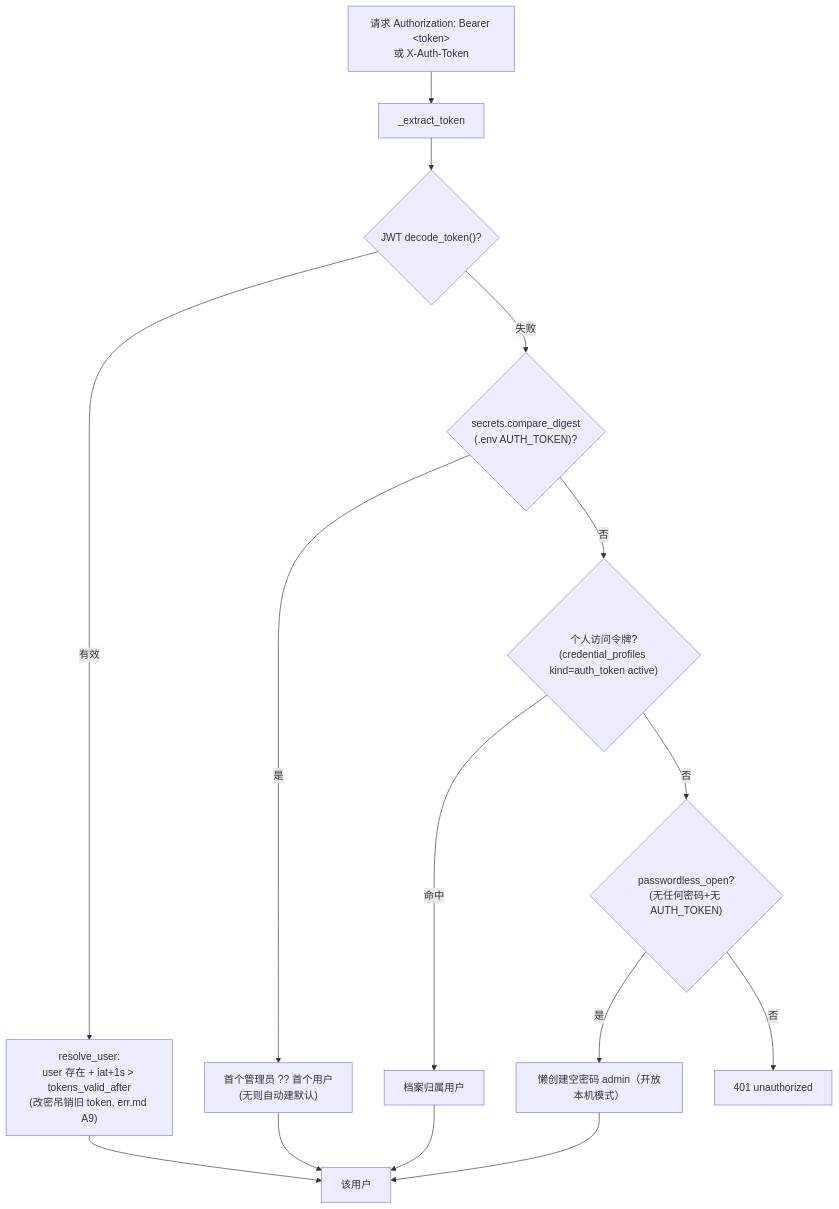
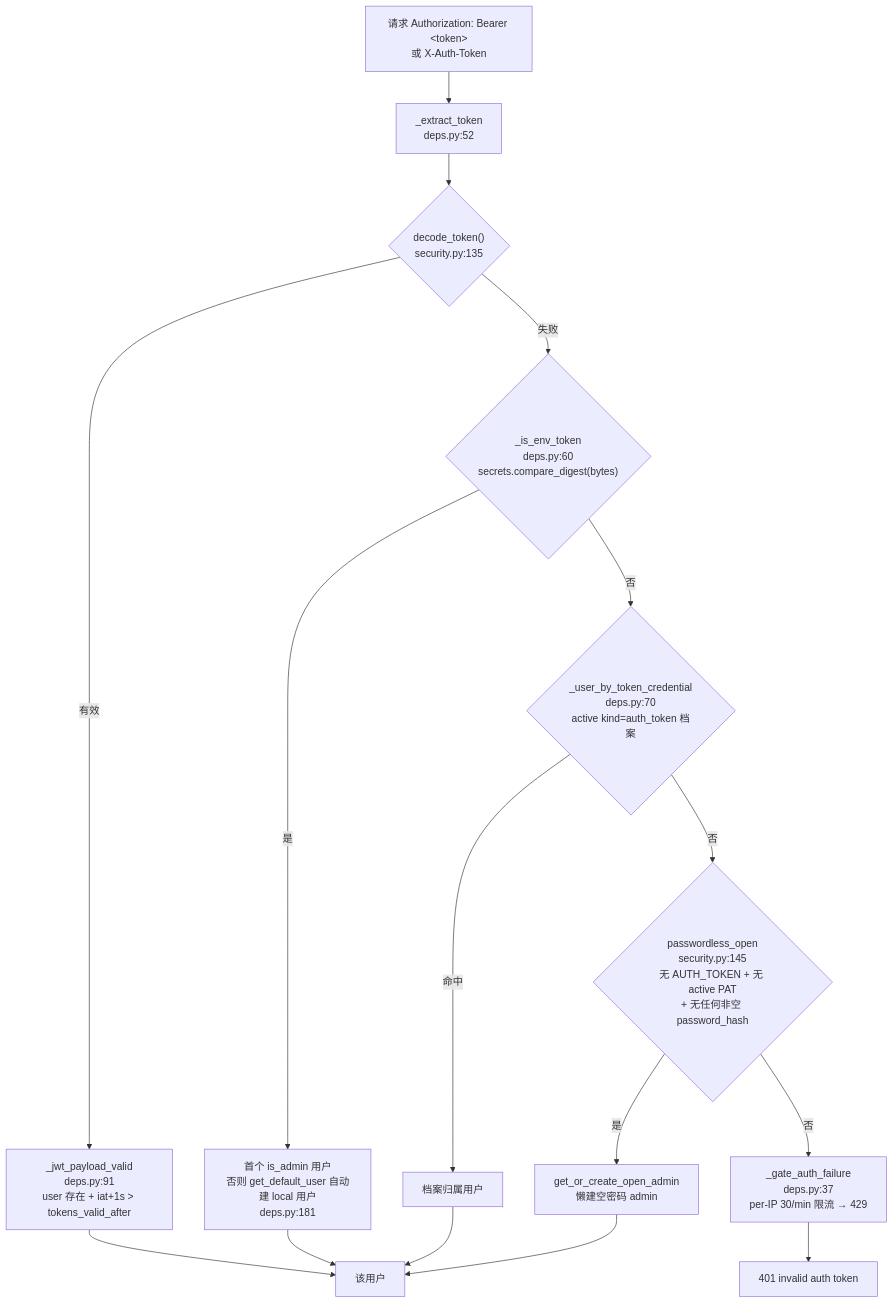
Before and after one commit to hershate/Deep-tutor: the first of 2 diagrams in note/06-API全览.md, drawn with Mermaid. The commit also changed other lines of this file and 14 other files, not shown here.

````diff
--- a/note/06-API全览.md
+++ b/note/06-API全览.md
@@ -7,13 +14,13 @@
 ```mermaid
 flowchart TD
-    REQ["请求 Authorization: Bearer &lt;token&gt;<br/>或 X-Auth-Token"] --> EX["_extract_token"]
-    EX --> J{"JWT decode_token()?"}
-    J -->|有效| JV["resolve_user:<br/>user 存在 + iat+1s &gt; tokens_valid_after<br/>(改密吊销旧 token, err.md A9)"] --> OK["该用户"]
-    J -->|失败| E{"secrets.compare_digest<br/>(.env AUTH_TOKEN)?"}
-    E -->|是| AD["首个管理员 ?? 首个用户<br/>(无则自动建默认)"] --> OK
-    E -->|否| P{"个人访问令牌?<br/>(credential_profiles kind=auth_token active)"}
+    REQ["请求 Authorization: Bearer &lt;token&gt;<br/>或 X-Auth-Token"] --> EX["_extract_token<br/>deps.py:52"]
+    EX --> J{"decode_token()<br/>security.py:135"}
+    J -->|有效| JV["_jwt_payload_valid<br/>deps.py:91<br/>user 存在 + iat+1s &gt; tokens_valid_after"] --> OK["该用户"]
+    J -->|失败| E{"_is_env_token<br/>deps.py:60<br/>secrets.compare_digest(bytes)"}
+    E -->|是| AD["首个 is_admin 用户<br/>否则 get_default_user 自动建 local 用户<br/>deps.py:181"] --> OK
+    E -->|否| P{"_user_by_token_credential<br/>deps.py:70<br/>active kind=auth_token 档案"}
     P -->|命中| PU["档案归属用户"] --> OK
-    P -->|否| O{"passwordless_open?<br/>(无任何密码+无 AUTH_TOKEN)"}
-    O -->|是| OA["懒创建空密码 admin（开放本机模式）"] --> OK
-    O -->|否| F401["401 unauthorized"]
+    P -->|否| O{"passwordless_open<br/>security.py:145<br/>无 AUTH_TOKEN + 无 active PAT<br/>+ 无任何非空 password_hash"}
+    O -->|是| OA["get_or_create_open_admin<br/>懒建空密码 admin"] --> OK
+    O -->|否| G["_gate_auth_failure<br/>deps.py:37<br/>per-IP 30/min 限流 → 429"] --> F401["401 invalid auth token"]
 ```
````
